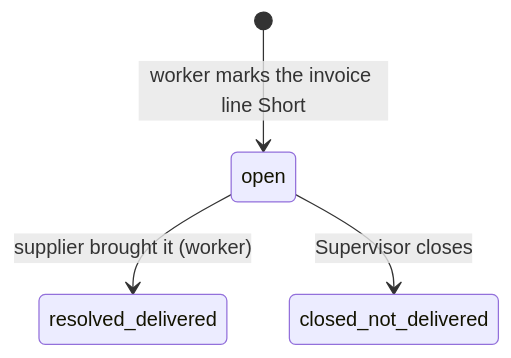
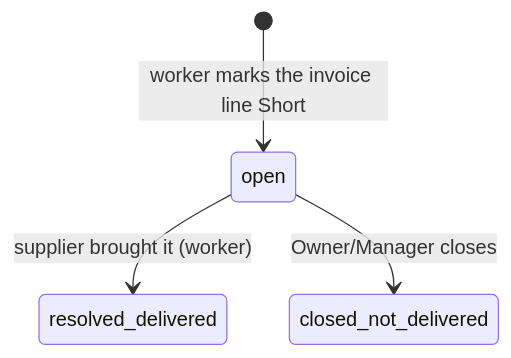
One commit to ababamahmoudi/Supermarket-Inventory changed the third of 4 diagrams in docs/workflows.md. Above: the diagram before and after it, drawn with Mermaid. The commit also changed other lines of this file and 13 other files, not shown here.

````diff
--- a/docs/workflows.md
+++ b/docs/workflows.md
@@ -89,6 +89,6 @@
 ```mermaid
 stateDiagram-v2
   [*] --> open: worker marks the invoice line Short
   open --> resolved_delivered: supplier brought it (worker)
-  open --> closed_not_delivered: Supervisor closes
+  open --> closed_not_delivered: Owner/Manager closes
 ```
````
